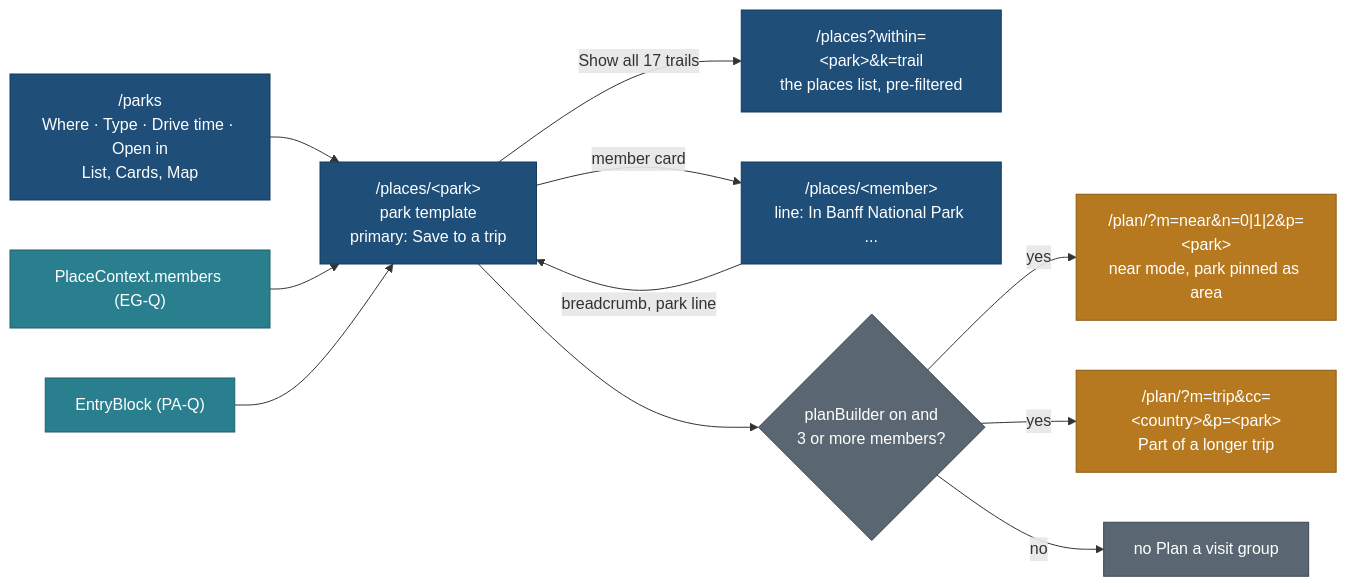
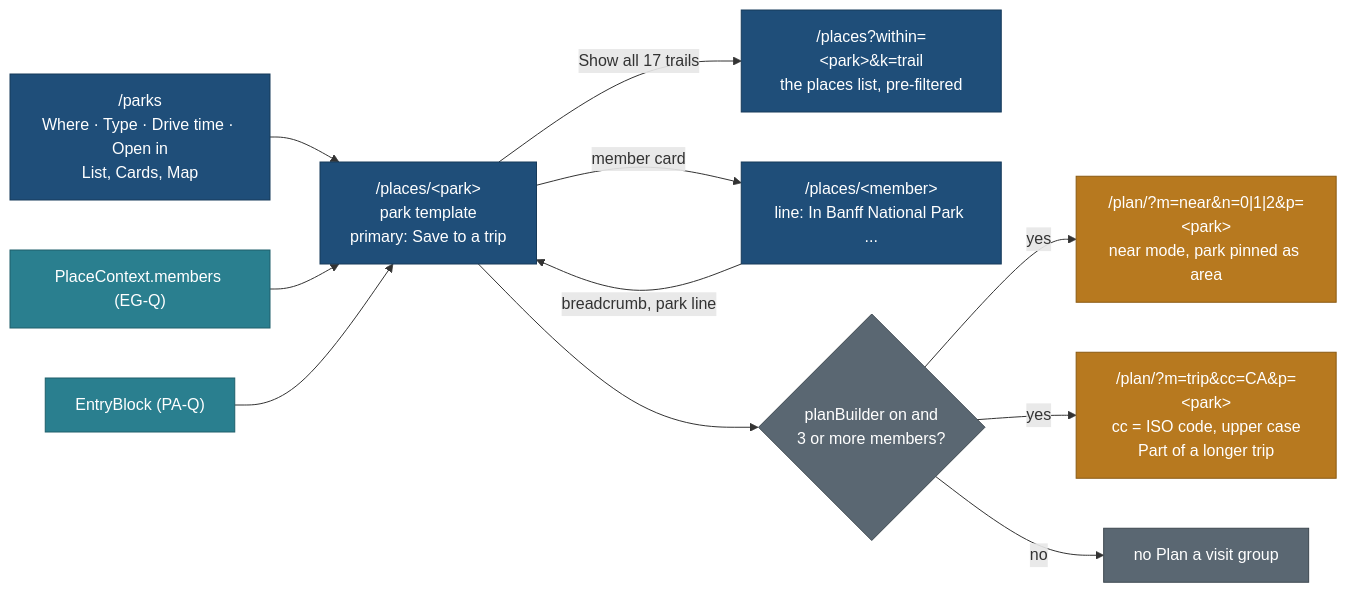
One commit to nitin27may/travel changed the diagram in docs/v2/design/park-page/README.md. Above: the diagram before and after it, drawn with Mermaid. The commit also changed other lines of this file and 11 other files, not shown here.

First line of the commit message:
docs(PLAN-SYNC): hours for park work (81 h) and Trip Builder lane (+22.5 h), BACKLOG 15.354, PA-NR2 fixes, TB-N2R follow-ups, R-280

````diff
--- a/docs/v2/design/park-page/README.md
+++ b/docs/v2/design/park-page/README.md
@@ -90,28 +90,28 @@
 ```mermaid
 flowchart LR
   classDef page fill:#1F4E79,stroke:#163A5A,color:#FFFFFF
   classDef data fill:#2A7F8F,stroke:#1E5F6B,color:#FFFFFF
   classDef ext fill:#B7791F,stroke:#8A5A12,color:#FFFFFF
   classDef gate fill:#5A6772,stroke:#3E4850,color:#FFFFFF
 
   IDX["/parks<br/>Where · Type · Drive time · Open in<br/>List, Cards, Map"]:::page
   PARK["/places/&lt;park&gt;<br/>park template<br/>primary: Save to a trip"]:::page
   LIST["/places?within=&lt;park&gt;&k=trail<br/>the places list, pre-filtered"]:::page
   MEMBER["/places/&lt;member&gt;<br/>line: In Banff National Park ..."]:::page
   NEAR["/plan/?m=near&n=0|1|2&p=&lt;park&gt;<br/>near mode, park pinned as area"]:::ext
-  TRIP["/plan/?m=trip&cc=&lt;country&gt;&p=&lt;park&gt;<br/>Part of a longer trip"]:::ext
+  TRIP["/plan/?m=trip&cc=CA&p=&lt;park&gt;<br/>cc = ISO code, upper case<br/>Part of a longer trip"]:::ext
   CTX["PlaceContext.members (EG-Q)"]:::data
   ENTRY["EntryBlock (PA-Q)"]:::data
   FLAG{"planBuilder on and<br/>3 or more members?"}:::gate
 
   IDX --> PARK
   PARK -- "Show all 17 trails" --> LIST
   PARK -- "member card" --> MEMBER
   MEMBER -- "breadcrumb, park line" --> PARK
   PARK --> FLAG
   FLAG -- yes --> NEAR
   FLAG -- yes --> TRIP
   FLAG -- no --> NONE["no Plan a visit group"]:::gate
   CTX --> PARK
   ENTRY --> PARK
 ```
````
